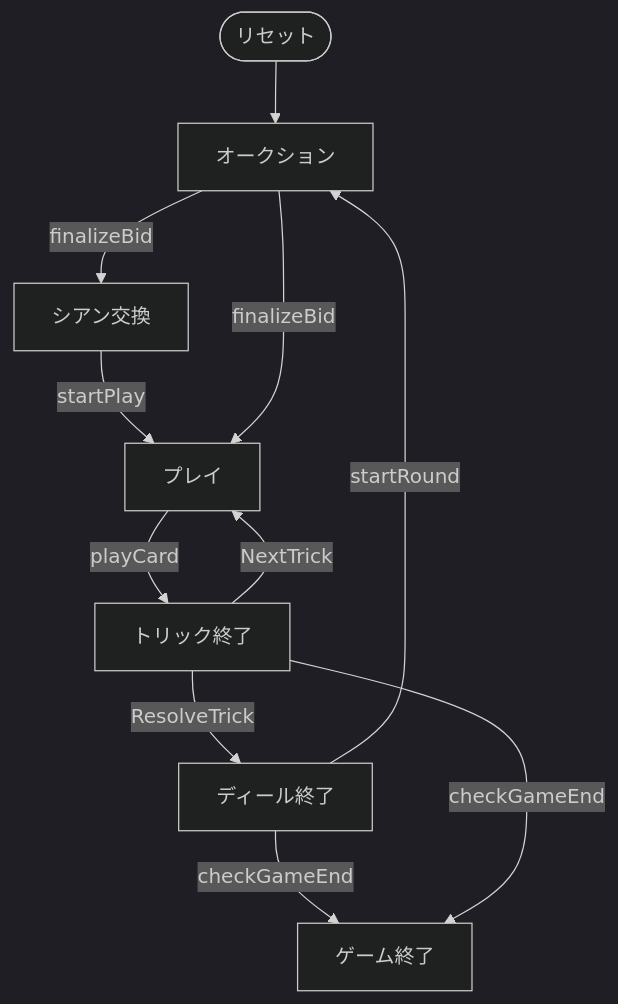
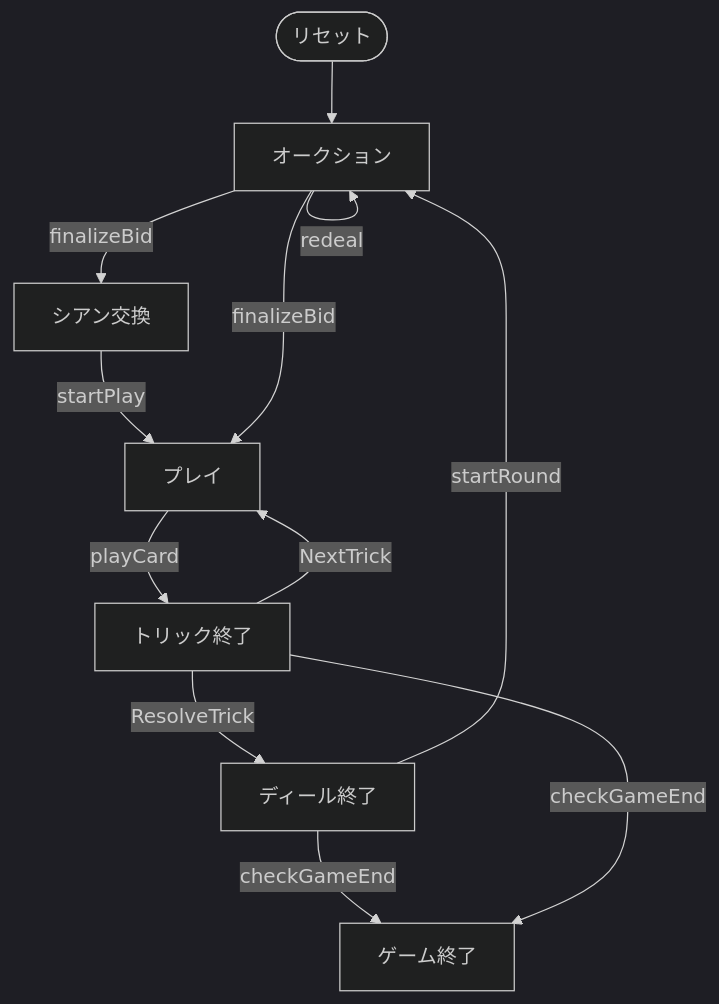
Before and after one commit to yuta-yoshinaga/go_trumpcards: the diagram in docs/manual/cui/frenchtarot.md, drawn with Mermaid (dark theme). The commit also changed 3 other files, not shown here.

````diff
--- a/docs/manual/cui/frenchtarot.md
+++ b/docs/manual/cui/frenchtarot.md
@@ -56,19 +56,20 @@
 ```mermaid
 flowchart TD
     S(["リセット"]) --> P0
     P0["オークション"]
     P1["シアン交換"]
     P2["プレイ"]
     P3["トリック終了"]
     P4["ディール終了"]
     P5["ゲーム終了"]
     P4 -->|startRound| P0
     P1 -->|startPlay| P2
     P2 -->|playCard| P3
     P3 -->|ResolveTrick| P4
     P3 -->|NextTrick| P2
     P4 -->|checkGameEnd| P5
     P3 -->|checkGameEnd| P5
     P0 -->|finalizeBid| P1
+    P0 -->|redeal| P0
     P0 -->|finalizeBid| P2
 ```
````
